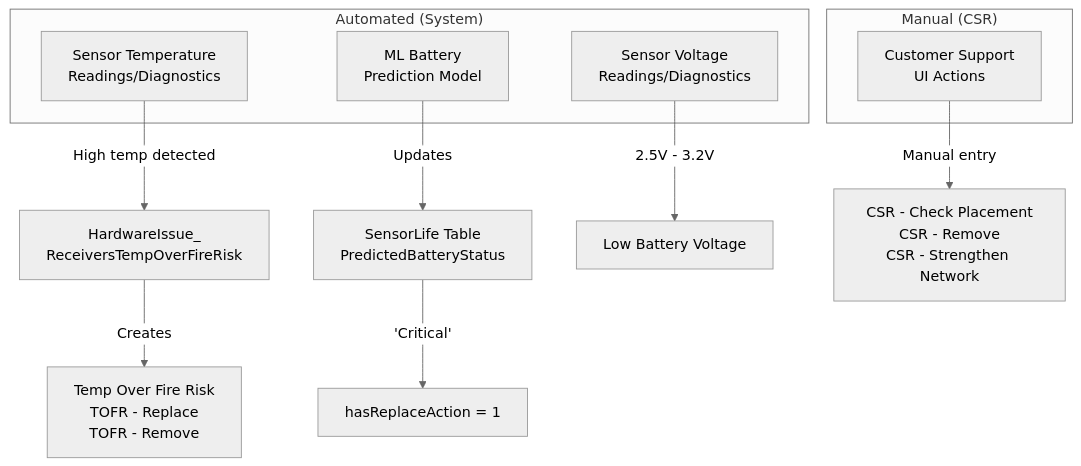
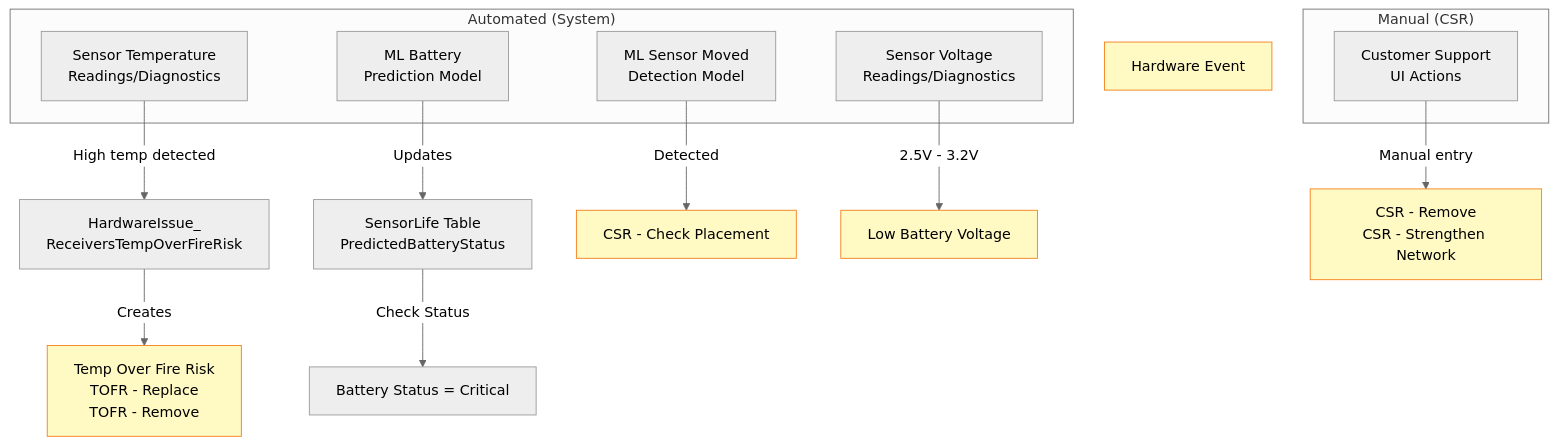
The first of 3 diagrams in repos/fullstack.assetwatch/shared/research/2026-02-03-action-column-flowcharts.md (aw-jwalker/thoughts), drawn with Mermaid (neutral theme) before and after one commit. The commit also changed other lines of this file, not shown here.

````diff
--- a/repos/fullstack.assetwatch/shared/research/2026-02-03-action-column-flowcharts.md
+++ b/repos/fullstack.assetwatch/shared/research/2026-02-03-action-column-flowcharts.md
@@ -12,22 +28,34 @@
 ```mermaid
 flowchart TB
     subgraph Manual["Manual (CSR)"]
         CSR_UI["Customer Support<br/>UI Actions"]
     end
 
     subgraph Automated["Automated (System)"]
         FIRE_MONITOR["Sensor Temperature<br/>Readings/Diagnostics"]
-        ML["ML Battery<br/>Prediction Model"]
+        ML_BATTERY["ML Battery<br/>Prediction Model"]
+        ML_MOVED["ML Sensor Moved<br/>Detection Model"]
         VOLTAGE["Sensor Voltage<br/>Readings/Diagnostics"]
     end
+
+    ML_BATTERY -->|"Updates"| SENSORLIFE["SensorLife Table<br/>PredictedBatteryStatus"]
+    SENSORLIFE -->|"Check Status"| BATTERY_CRITICAL["Battery Status = Critical"]
 
     FIRE_MONITOR -->|"High temp detected"| TOFR_PROC["HardwareIssue_<br/>ReceiversTempOverFireRisk"]
     TOFR_PROC -->|"Creates"| TOFR_ISSUES["Temp Over Fire Risk<br/>TOFR - Replace<br/>TOFR - Remove"]
 
-    ML -->|"Updates"| SENSORLIFE["SensorLife Table<br/>PredictedBatteryStatus"]
-    SENSORLIFE -->|"'Critical'"| REPLACE_FLAG["hasReplaceAction = 1"]
+    ML_MOVED -->|"Detected"| CHECK_PLACEMENT_HWE["CSR - Check Placement"]
 
     VOLTAGE -->|"2.5V - 3.2V"| LOW_V["Low Battery Voltage"]
 
-    CSR_UI -->|"Manual entry"| CSR_ISSUES["CSR - Check Placement<br/>CSR - Remove<br/>CSR - Strengthen Network"]
+    CSR_UI -->|"Manual entry"| CSR_ISSUES["CSR - Remove<br/>CSR - Strengthen Network"]
+
+    LEGEND["Hardware Event"]
+
+    %% Style hardware events with light amber (works in light/dark mode)
+    style TOFR_ISSUES fill:#FFF9C4,stroke:#F57F17,color:#000
+    style CHECK_PLACEMENT_HWE fill:#FFF9C4,stroke:#F57F17,color:#000
+    style LOW_V fill:#FFF9C4,stroke:#F57F17,color:#000
+    style CSR_ISSUES fill:#FFF9C4,stroke:#F57F17,color:#000
+    style LEGEND fill:#FFF9C4,stroke:#F57F17,color:#000
 ```
````
